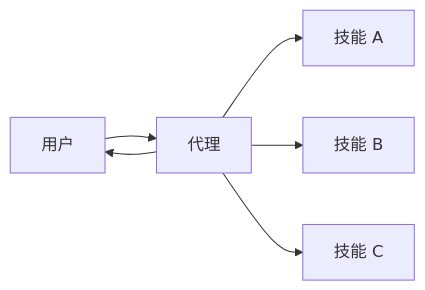
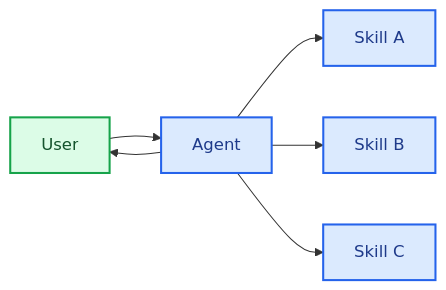
One commit to kunfan96/cndocs-langchain changed the diagram in oss/javascript/langchain/multi-agent/skills.mdx. Above: the diagram before and after it, drawn with Mermaid. The commit also changed other lines of this file and 2611 other files, not shown here.

````diff
--- a/oss/javascript/langchain/multi-agent/skills.mdx
+++ b/oss/javascript/langchain/multi-agent/skills.mdx
@@ -12,8 +14,14 @@
 ```mermaid
 graph LR
-    A[用户] --> B[代理]
-    B --> C[技能 A]
-    B --> D[技能 B]
-    B --> E[技能 C]
+    A[User] --> B[Agent]
+    B --> C[Skill A]
+    B --> D[Skill B]
+    B --> E[Skill C]
     B --> A
+
+    classDef trigger fill:#DCFCE7,stroke:#16A34A,stroke-width:2px,color:#14532D
+    classDef process fill:#DBEAFE,stroke:#2563EB,stroke-width:2px,color:#1E3A8A
+
+    class A trigger
+    class B,C,D,E process
 ```
````
